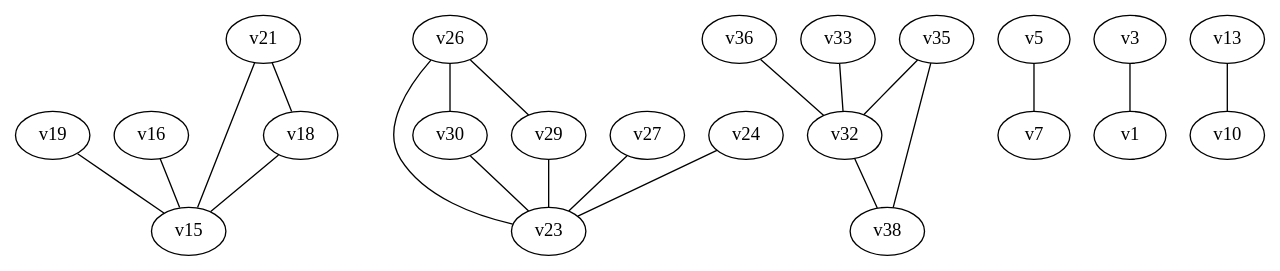
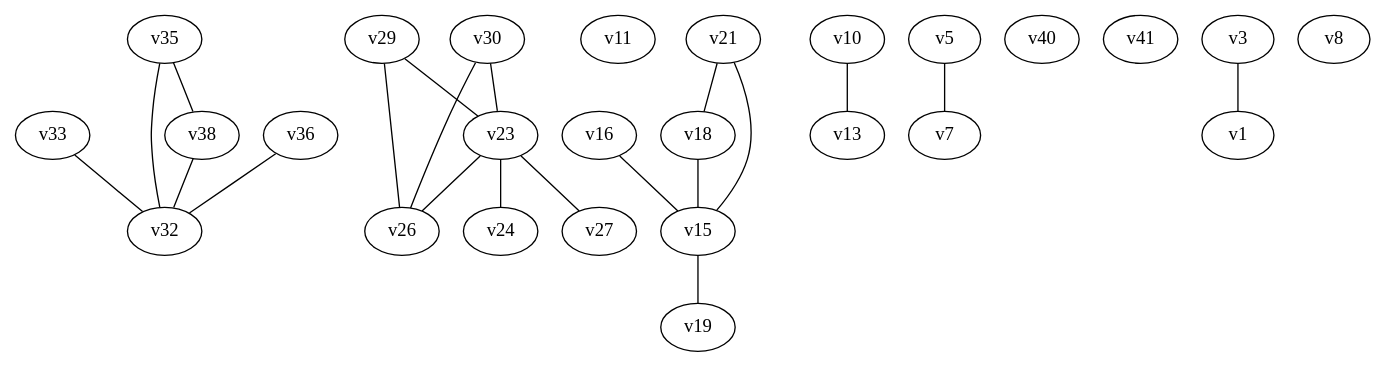
One commit to AidanGoldfarb/CtoMIPS changed the diagram in graph.dot. Above: the diagram before and after it, drawn with Graphviz. The commit also changed 6 other files, not shown here.

```diff
--- a/graph.dot
+++ b/graph.dot
@@ -1,22 +1,48 @@
 graph {
-"v19" -- "v15"
-"v26" -- "v23"
-"v16" -- "v15"
-"v27" -- "v23"
+"v33"
+"v30"
+"v35"
+"v11"
+"v19"
+"v16"
+"v26"
+"v24"
+"v21"
+"v18"
+"v10"
+"v7"
+"v27"
+"v15"
+"v40"
+"v32"
+"v36"
+"v29"
+"v41"
+"v13"
+"v3"
+"v38"
+"v23"
+"v5"
+"v1"
+"v8"
+"v15" -- "v19"
 "v21" -- "v15"
-"v32" -- "v38"
-"v18" -- "v15"
-"v35" -- "v32"
-"v35" -- "v38"
 "v21" -- "v18"
 "v30" -- "v23"
-"v24" -- "v23"
+"v30" -- "v26"
 "v5" -- "v7"
-"v26" -- "v30"
+"v23" -- "v26"
+"v23" -- "v24"
+"v29" -- "v26"
+"v38" -- "v32"
+"v29" -- "v23"
+"v33" -- "v32"
+"v36" -- "v32"
 "v3" -- "v1"
-"v36" -- "v32"
-"v33" -- "v32"
-"v26" -- "v29"
-"v29" -- "v23"
-"v13" -- "v10"
+"v18" -- "v15"
+"v16" -- "v15"
+"v35" -- "v38"
+"v10" -- "v13"
+"v35" -- "v32"
+"v23" -- "v27"
 }
```
